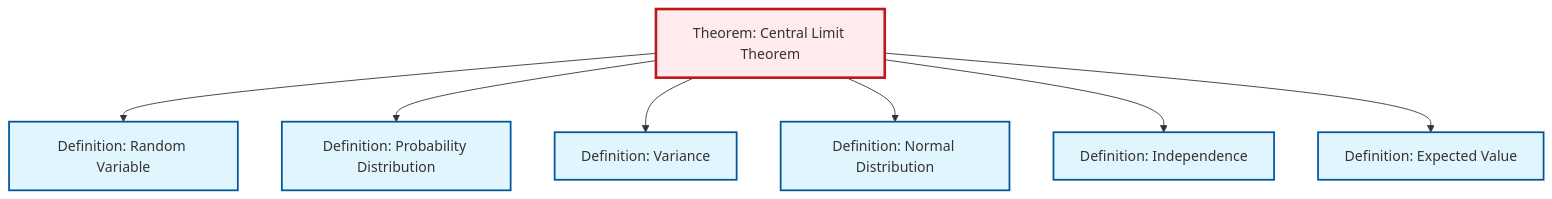
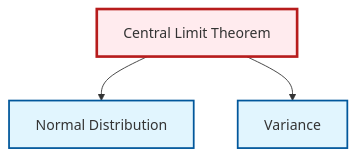
One commit to RK0429/ModernMath changed the second of 2 diagrams in content/en/probability-statistics/thm-central-limit.qmd. Above: the diagram before and after it, drawn with Mermaid. The commit also changed 328 other files, not shown here.

````diff
--- a/content/en/probability-statistics/thm-central-limit.qmd
+++ b/content/en/probability-statistics/thm-central-limit.qmd
@@ -111,29 +111,17 @@
 ```{mermaid}
 %%| fig-cap: "Local dependency graph"
 graph TD
     classDef definition fill:#e1f5fe,stroke:#01579b,stroke-width:2px
     classDef theorem fill:#f3e5f5,stroke:#4a148c,stroke-width:2px
     classDef axiom fill:#fff3e0,stroke:#e65100,stroke-width:2px
     classDef example fill:#e8f5e9,stroke:#1b5e20,stroke-width:2px
     classDef current fill:#ffebee,stroke:#b71c1c,stroke-width:3px
-    def-normal-distribution["Definition: Normal Distribution"]:::definition
-    def-independence["Definition: Independence"]:::definition
-    def-expectation["Definition: Expected Value"]:::definition
-    def-probability-distribution["Definition: Probability Distribution"]:::definition
-    thm-central-limit["Theorem: Central Limit Theorem"]:::theorem
-    def-variance["Definition: Variance"]:::definition
-    def-random-variable["Definition: Random Variable"]:::definition
-    thm-central-limit --> def-random-variable
-    thm-central-limit --> def-probability-distribution
+    def-normal-distribution["Normal Distribution"]:::definition
+    def-variance["Variance"]:::definition
+    thm-central-limit["Central Limit Theorem"]:::theorem
+    thm-central-limit --> def-normal-distribution
     thm-central-limit --> def-variance
-    thm-central-limit --> def-normal-distribution
-    thm-central-limit --> def-independence
-    thm-central-limit --> def-expectation
     class thm-central-limit current
-    click def-normal-distribution "def-normal-distribution.html" "Go to Normal Distribution definition"
-    click def-independence "def-independence.html" "Go to Independence definition"
-    click def-expectation "def-expectation.html" "Go to Expected Value definition"
-    click def-probability-distribution "def-probability-distribution.html" "Go to Probability Distribution definition"
-    click def-variance "def-variance.html" "Go to Variance definition"
-    click def-random-variable "def-random-variable.html" "Go to Random Variable definition"
+    click def-normal-distribution "def-normal-distribution.html" "Go to Normal Distribution"
+    click def-variance "def-variance.html" "Go to Variance"
 ```
````
